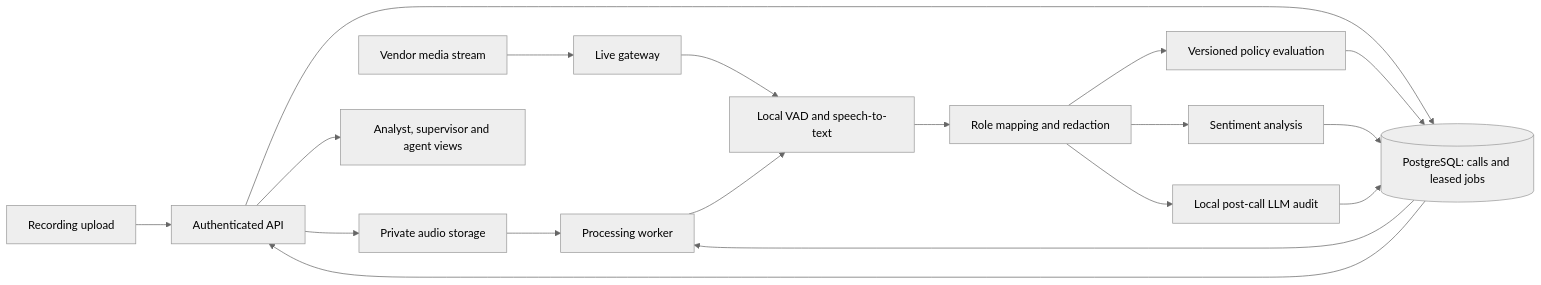
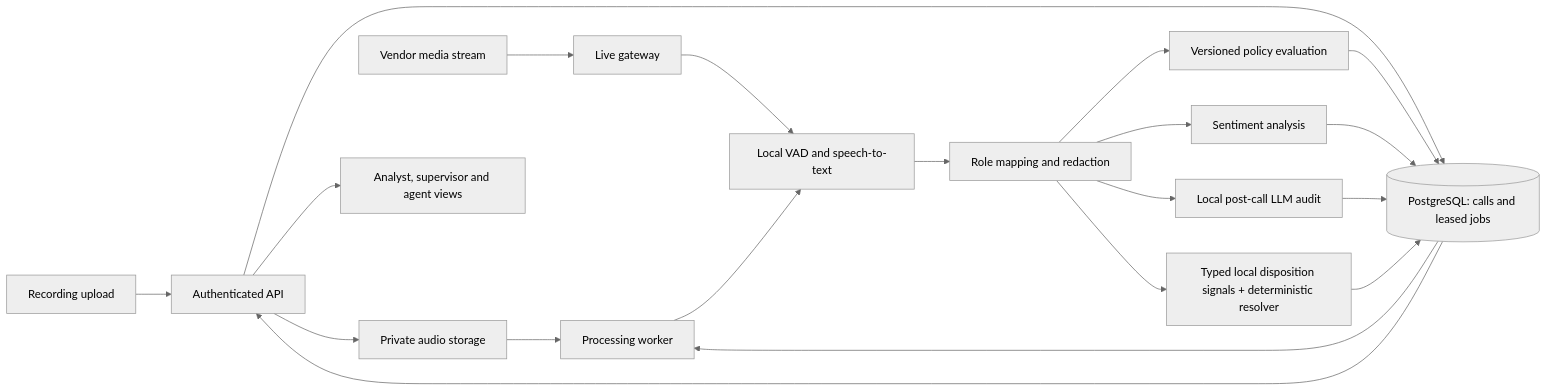
Before and after one commit to PREETHAM1590/Real-Time-AI-Call-Audit: the diagram in docs/system-specification.md, drawn with Mermaid (neutral theme). The commit also changed other lines of this file and 13 other files, not shown here.

````diff
--- a/docs/system-specification.md
+++ b/docs/system-specification.md
@@ -108,20 +110,22 @@
 ```mermaid
 flowchart LR
     Upload[Recording upload] --> API[Authenticated API]
     Media[Vendor media stream] --> Live[Live gateway]
     API --> Store[Private audio storage]
     API --> DB[(PostgreSQL: calls and leased jobs)]
     Store --> Worker[Processing worker]
     DB --> Worker
     Live --> STT[Local VAD and speech-to-text]
     Worker --> STT
     STT --> Privacy[Role mapping and redaction]
     Privacy --> Rules[Versioned policy evaluation]
+    Privacy --> Disposition[Typed local disposition signals + deterministic resolver]
     Privacy --> Sentiment[Sentiment analysis]
     Privacy --> Audit[Local post-call LLM audit]
     Rules --> DB
     Sentiment --> DB
     Audit --> DB
+    Disposition --> DB
     DB --> API
     API --> UI[Analyst, supervisor and agent views]
 ```
````
